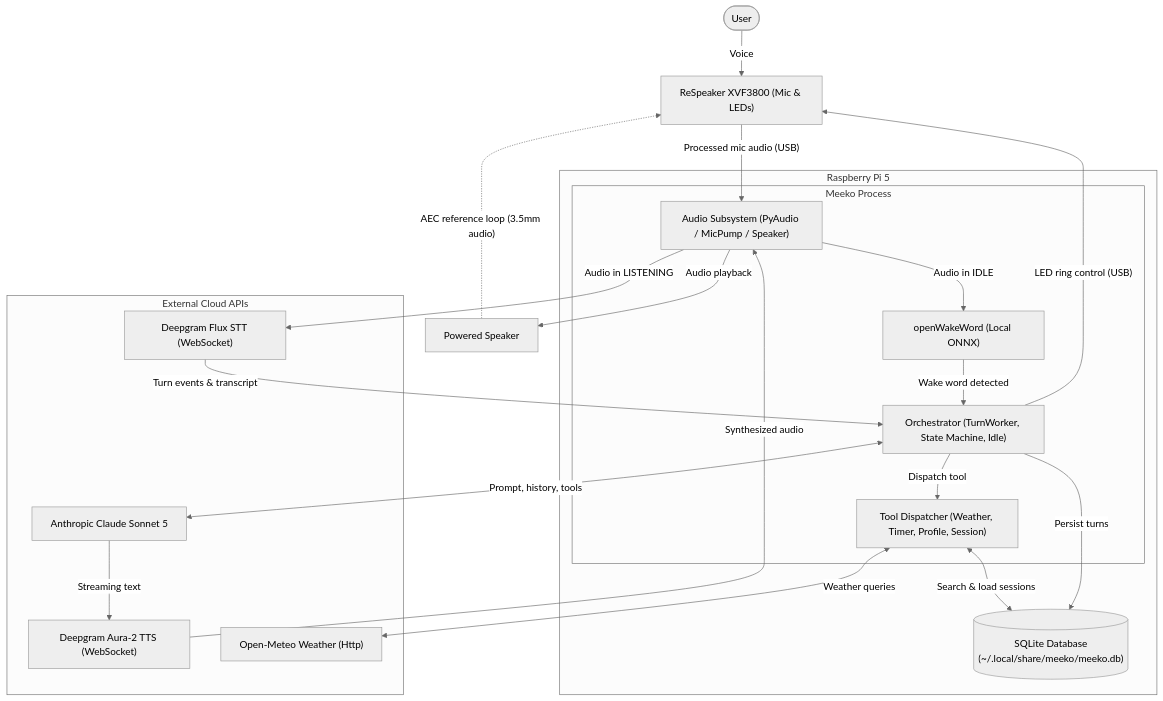
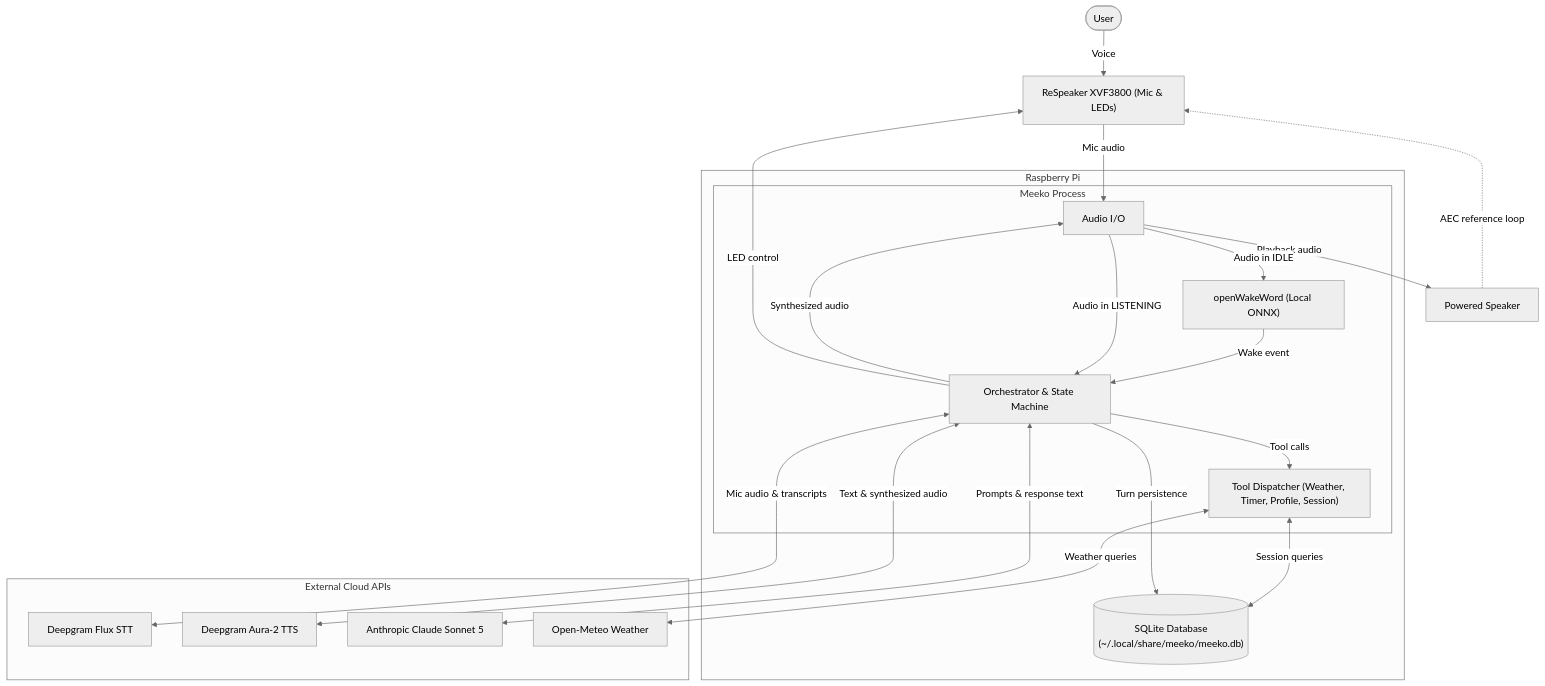
The first of 3 diagrams in docs/architecture.md (rculbertson/meeko), drawn with Mermaid (neutral theme) before and after one commit.

Commit message:
docs: finalize architecture diagram with noun labels and clean boundaries

````diff
--- a/docs/architecture.md
+++ b/docs/architecture.md
@@ -21,48 +21,50 @@
 ```mermaid
 flowchart TD
     User(["User"])
 
     Mic["ReSpeaker XVF3800 (Mic & LEDs)"]
     Speaker["Powered Speaker"]
 
-    subgraph Pi["Raspberry Pi 5"]
+    subgraph Pi["Raspberry Pi"]
         subgraph Meeko["Meeko Process"]
-            AudioIO["Audio Subsystem (PyAudio / MicPump / Speaker)"]
+            AudioIO["Audio I/O"]
             WakeWord["openWakeWord (Local ONNX)"]
-            Orchestrator["Orchestrator (TurnWorker, State Machine, Idle)"]
+            Orchestrator["Orchestrator & State Machine"]
             Tools["Tool Dispatcher (Weather, Timer, Profile, Session)"]
         end
         DB[("SQLite Database\n(~/.local/share/meeko/meeko.db)")]
     end
 
     subgraph Cloud["External Cloud APIs"]
-        DeepgramSTT["Deepgram Flux STT (WebSocket)"]
-        DeepgramTTS["Deepgram Aura-2 TTS (WebSocket)"]
+        DeepgramSTT["Deepgram Flux STT"]
+        DeepgramTTS["Deepgram Aura-2 TTS"]
         Claude["Anthropic Claude Sonnet 5"]
-        OpenMeteo["Open-Meteo Weather (Http)"]
+        OpenMeteo["Open-Meteo Weather"]
     end
 
-    %% Audio input path
+    %% Hardware I/O
     User -->|Voice| Mic
-    Mic -->|"Processed mic audio (USB)"| AudioIO
+    Mic -->|Mic audio| AudioIO
+    AudioIO -->|Playback audio| Speaker
+    Speaker -.->|AEC reference loop| Mic
+
+    %% Local Gating
     AudioIO -->|Audio in IDLE| WakeWord
-    WakeWord -->|Wake word detected| Orchestrator
-    AudioIO -->|Audio in LISTENING| DeepgramSTT
-    DeepgramSTT -->|Turn events & transcript| Orchestrator
+    WakeWord -->|Wake event| Orchestrator
+    AudioIO -->|Audio in LISTENING| Orchestrator
 
-    %% Reasoning and tools
-    Orchestrator <-->|Prompt, history, tools| Claude
-    Orchestrator -->|Dispatch tool| Tools
+    %% Cloud STT / LLM / TTS Pipeline
+    Orchestrator <-->|Mic audio & transcripts| DeepgramSTT
+    Orchestrator <-->|Prompts & response text| Claude
+    Orchestrator <-->|Text & synthesized audio| DeepgramTTS
+    Orchestrator -->|Synthesized audio| AudioIO
+
+    %% Tools & Persistence
+    Orchestrator -->|Tool calls| Tools
     Tools <-->|Weather queries| OpenMeteo
-    Tools <-->|Search & load sessions| DB
-    Orchestrator -->|Persist turns| DB
+    Tools <-->|Session queries| DB
+    Orchestrator -->|Turn persistence| DB
 
-    %% Audio output and AEC
-    Claude -->|Streaming text| DeepgramTTS
-    DeepgramTTS -->|Synthesized audio| AudioIO
-    AudioIO -->|Audio playback| Speaker
-    Speaker -.->|"AEC reference loop (3.5mm audio)"| Mic
-
-    %% Visual state cues
-    Orchestrator -->|"LED ring control (USB)"| Mic
+    %% Visual status
+    Orchestrator -->|LED control| Mic
 ```
````
